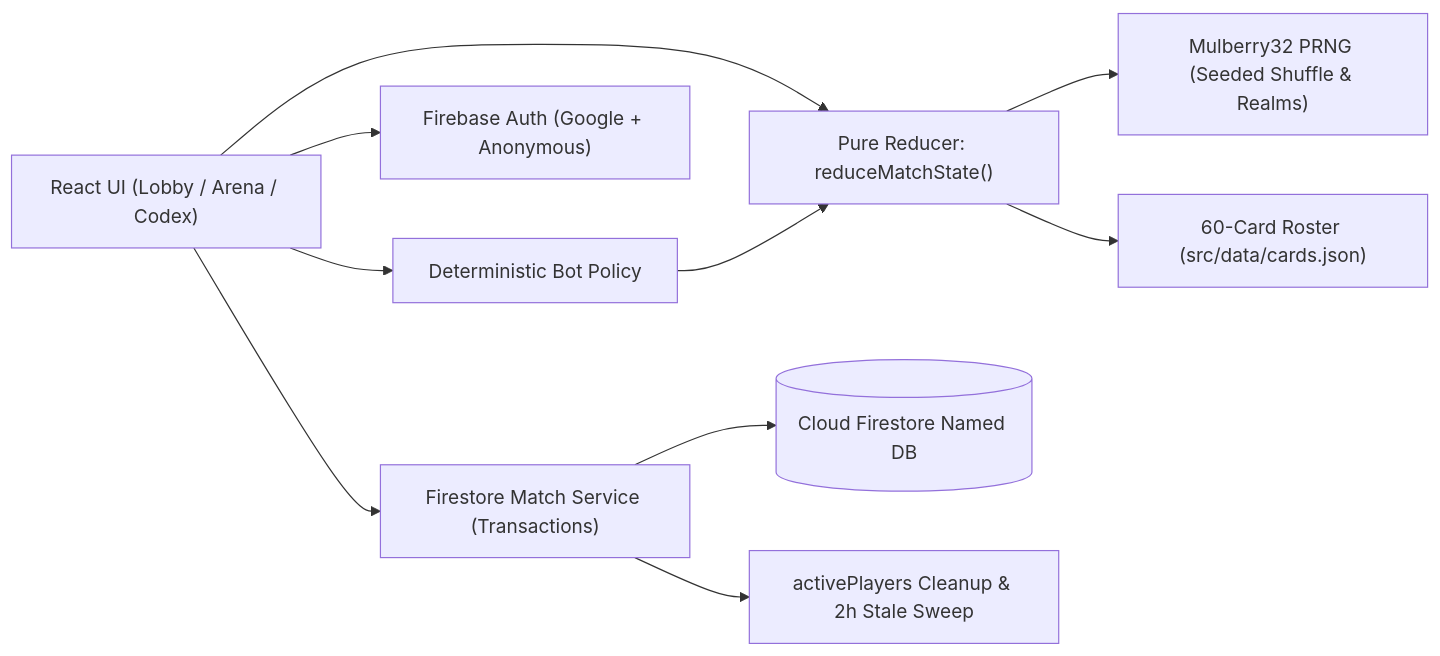
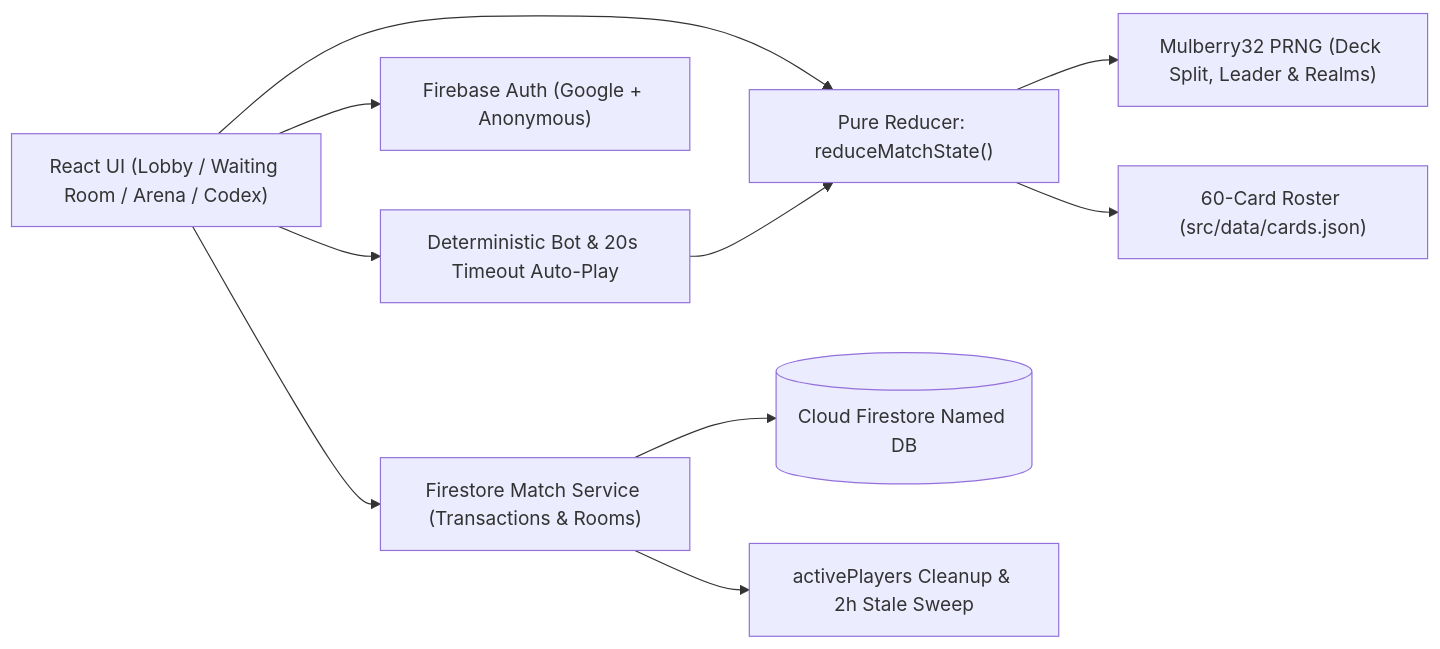
The diagram in README.md (nirmalya-panigrahi/pantheon-clash), drawn with Mermaid before and after one commit. The commit also changed other lines of this file and 32 other files, not shown here.

````diff
--- a/README.md
+++ b/README.md
@@ -15,12 +15,12 @@
 ```mermaid
 flowchart LR
-  UI["React UI (Lobby / Arena / Codex)"] --> Reducer["Pure Reducer: reduceMatchState()"]
-  Reducer --> PRNG["Mulberry32 PRNG (Seeded Shuffle & Realms)"]
+  UI["React UI (Lobby / Waiting Room / Arena / Codex)"] --> Reducer["Pure Reducer: reduceMatchState()"]
+  Reducer --> PRNG["Mulberry32 PRNG (Deck Split, Leader & Realms)"]
   Reducer --> Cards["60-Card Roster (src/data/cards.json)"]
-  UI --> Bot["Deterministic Bot Policy"]
+  UI --> Bot["Deterministic Bot & 20s Timeout Auto-Play"]
   Bot --> Reducer
   UI --> Auth["Firebase Auth (Google + Anonymous)"]
-  UI --> MatchSvc["Firestore Match Service (Transactions)"]
+  UI --> MatchSvc["Firestore Match Service (Transactions & Rooms)"]
   MatchSvc --> DB[("Cloud Firestore Named DB")]
   MatchSvc --> Cleanup["activePlayers Cleanup & 2h Stale Sweep"]
 ```
````
